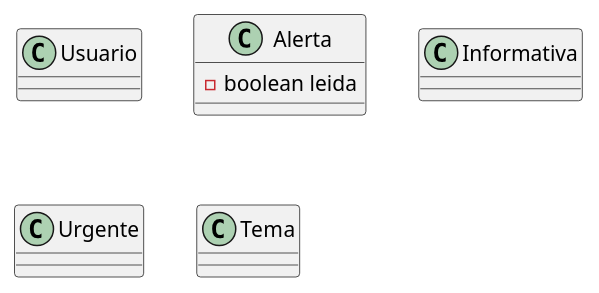
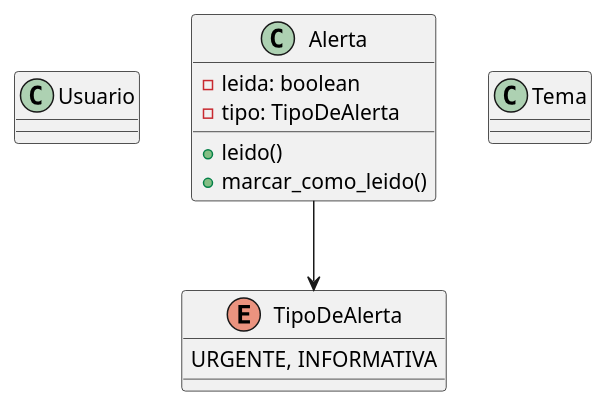
One commit to GonzaloMartinezSa/woowup-challenge changed the diagram in Ejercicio-OOP/diagrama_de_clases.puml. Above: the diagram before and after it, drawn with PlantUML. The commit also changed 7 other files, not shown here.

```diff
--- a/Ejercicio-OOP/diagrama_de_clases.puml
+++ b/Ejercicio-OOP/diagrama_de_clases.puml
@@ -1,24 +1,26 @@
 @startuml diagrama_de_clases
 
 class Usuario {
 
 }
 
 class Alerta {
-    - boolean leida
+    - leida: boolean
+    - tipo: TipoDeAlerta
+
+    + leido()
+    + marcar_como_leido()
 }
 
-class Informativa {
-
-}
-
-class Urgente {
-
+enum TipoDeAlerta {
+    URGENTE, INFORMATIVA
 }
 
 ' puede ser un enum tambien
 class Tema {
 
 }
 
+Alerta --> TipoDeAlerta
+
 @enduml
```
